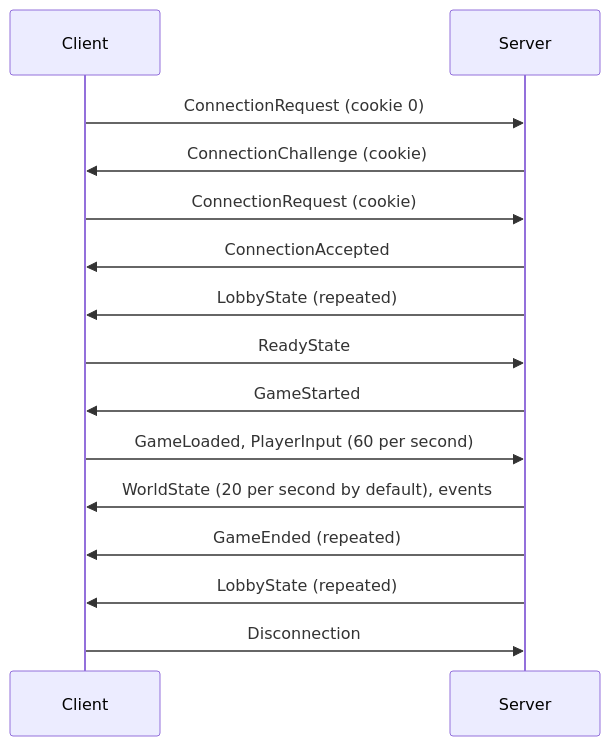
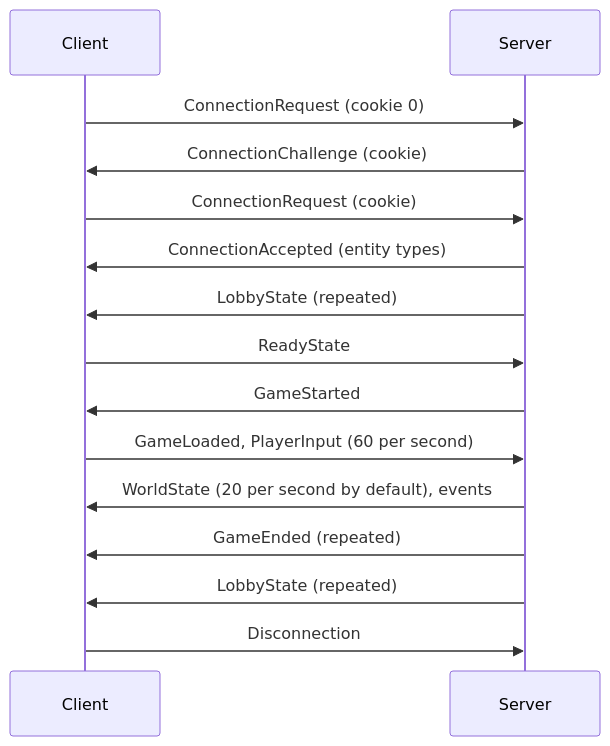
One commit to nique-epi/R-Type changed the diagram in docs/src/content/docs/protocol.mdx. Above: the diagram before and after it, drawn with Mermaid. The commit also changed other lines of this file and 13 other files, not shown here.

````diff
--- a/docs/src/content/docs/protocol.mdx
+++ b/docs/src/content/docs/protocol.mdx
@@ -315,19 +339,19 @@
 ```mermaid
 sequenceDiagram
   accTitle: Messages of one session
   accDescr: The client asks to connect, receives a challenge, asks again with the cookie and is accepted. The server repeats the lobby state until every player is ready, then starts the game. During the game the client sends its inputs and the server sends world states and events. When the game ends, by a victory or because no player has a life left, the server repeats the end of the game, then the lobby state again.
   participant C as Client
   participant S as Server
   C->>S: ConnectionRequest (cookie 0)
   S->>C: ConnectionChallenge (cookie)
   C->>S: ConnectionRequest (cookie)
-  S->>C: ConnectionAccepted
+  S->>C: ConnectionAccepted (entity types)
   S->>C: LobbyState (repeated)
   C->>S: ReadyState
   S->>C: GameStarted
   C->>S: GameLoaded, PlayerInput (60 per second)
   S->>C: WorldState (20 per second by default), events
   S->>C: GameEnded (repeated)
   S->>C: LobbyState (repeated)
   C->>S: Disconnection
 ```
````
